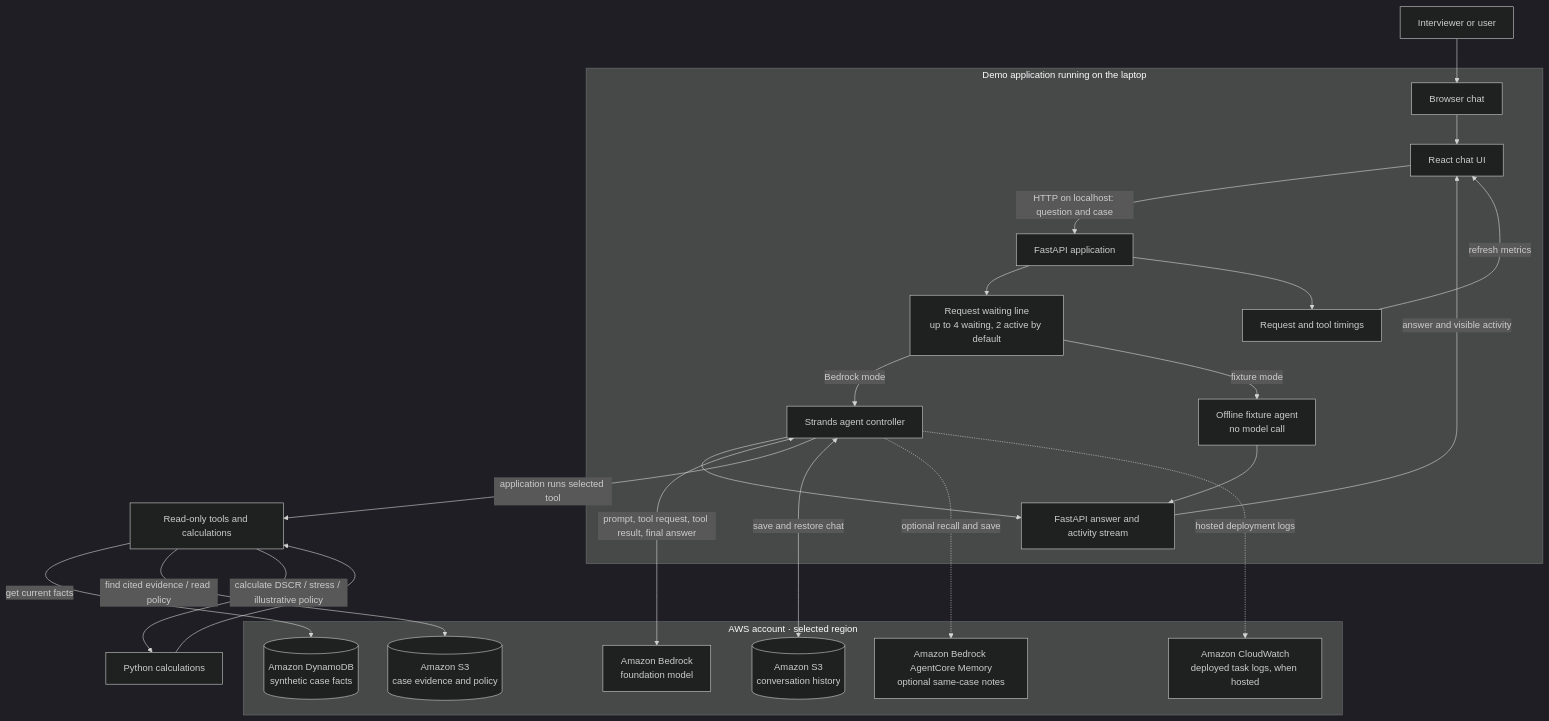
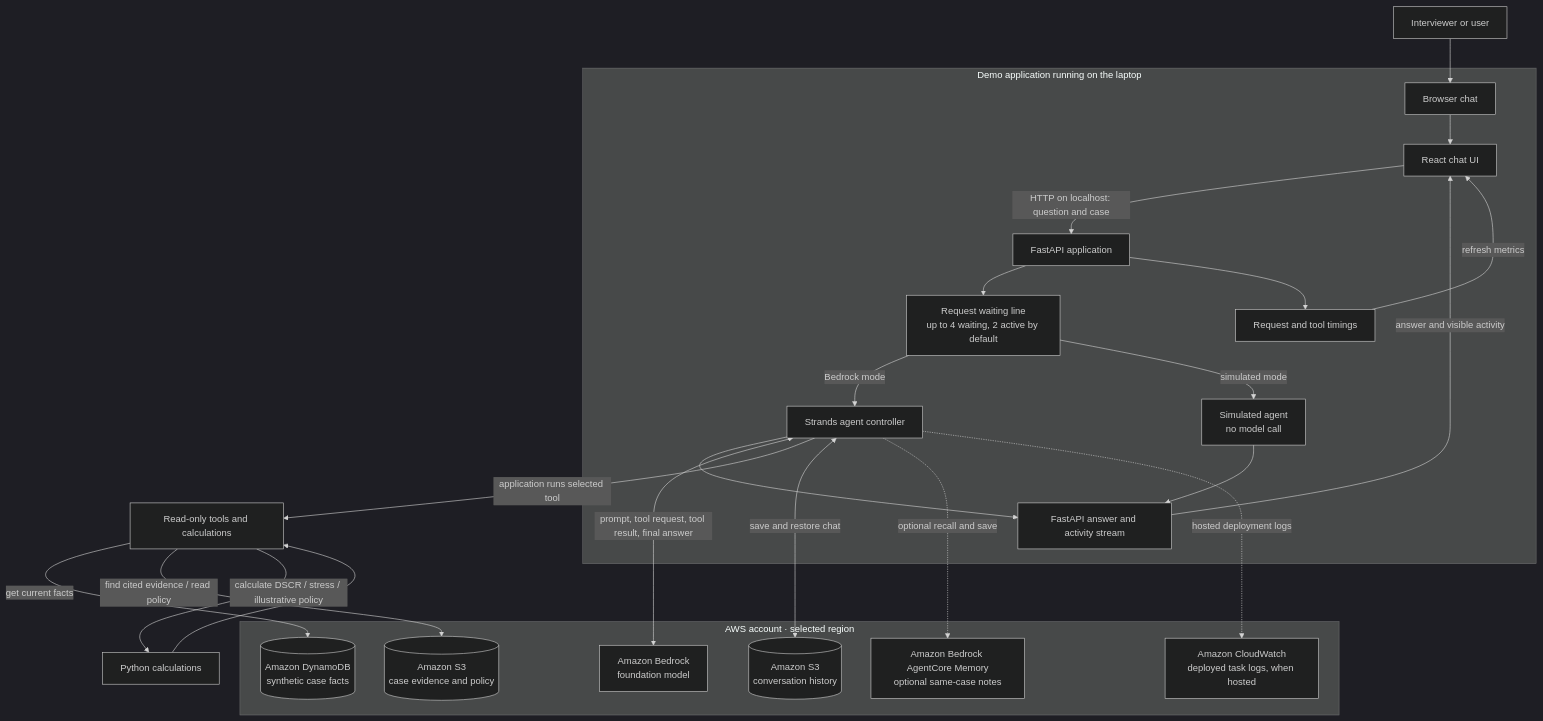
One commit to madhavpr191221/ai-systems-performance-lab changed the first of 2 diagrams in docs/agent_architecture.md. Above: the diagram before and after it, drawn with Mermaid (dark theme). The commit also changed other lines of this file and 16 other files, not shown here.

````diff
--- a/docs/agent_architecture.md
+++ b/docs/agent_architecture.md
@@ -19,43 +19,43 @@
 ```mermaid
 flowchart TB
     USER[Interviewer or user] --> BROWSER[Browser chat]
 
     subgraph LOCAL[Demo application running on the laptop]
         UI[React chat UI]
         API[FastAPI application]
         WAIT[Request waiting line<br/>up to 4 waiting, 2 active by default]
         AGENT[Strands agent controller]
-        FIXTURE[Offline fixture agent<br/>no model call]
+        SIM[Simulated agent<br/>no model call]
         STREAM[FastAPI answer and activity stream]
         METRICS[Request and tool timings]
         BROWSER --> UI
         UI -->|HTTP on localhost: question and case| API
         API --> WAIT
         WAIT -->|Bedrock mode| AGENT
-        WAIT -->|fixture mode| FIXTURE
+        WAIT -->|simulated mode| SIM
         API --> METRICS
         AGENT --> STREAM
-        FIXTURE --> STREAM
+        SIM --> STREAM
         STREAM -->|answer and visible activity| UI
         METRICS -->|refresh metrics| UI
     end
 
     subgraph AWS[AWS account · selected region]
         BEDROCK[Amazon Bedrock<br/>foundation model]
         CASES[(Amazon DynamoDB<br/>synthetic case facts)]
         EVIDENCE[(Amazon S3<br/>case evidence and policy)]
         HISTORY[(Amazon S3<br/>conversation history)]
         MEMORY[Amazon Bedrock AgentCore Memory<br/>optional same-case notes]
         CW[Amazon CloudWatch<br/>deployed task logs, when hosted]
     end
 
     AGENT <-->|prompt, tool request, tool result, final answer| BEDROCK
     AGENT -->|application runs selected tool| TOOLS[Read-only tools and calculations]
     TOOLS -->|get current facts| CASES
     TOOLS -->|find cited evidence / read policy| EVIDENCE
     TOOLS -->|calculate DSCR / stress / illustrative policy| CALC[Python calculations]
     CALC --> TOOLS
     AGENT <-->|save and restore chat| HISTORY
     AGENT -. optional recall and save .-> MEMORY
     AGENT -. hosted deployment logs .-> CW
 ```
````
